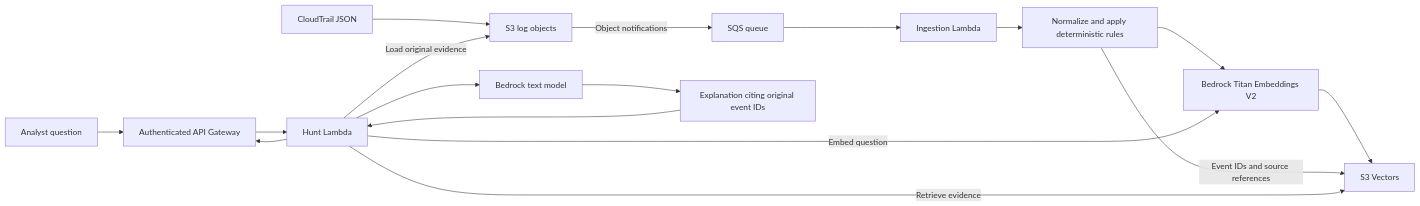
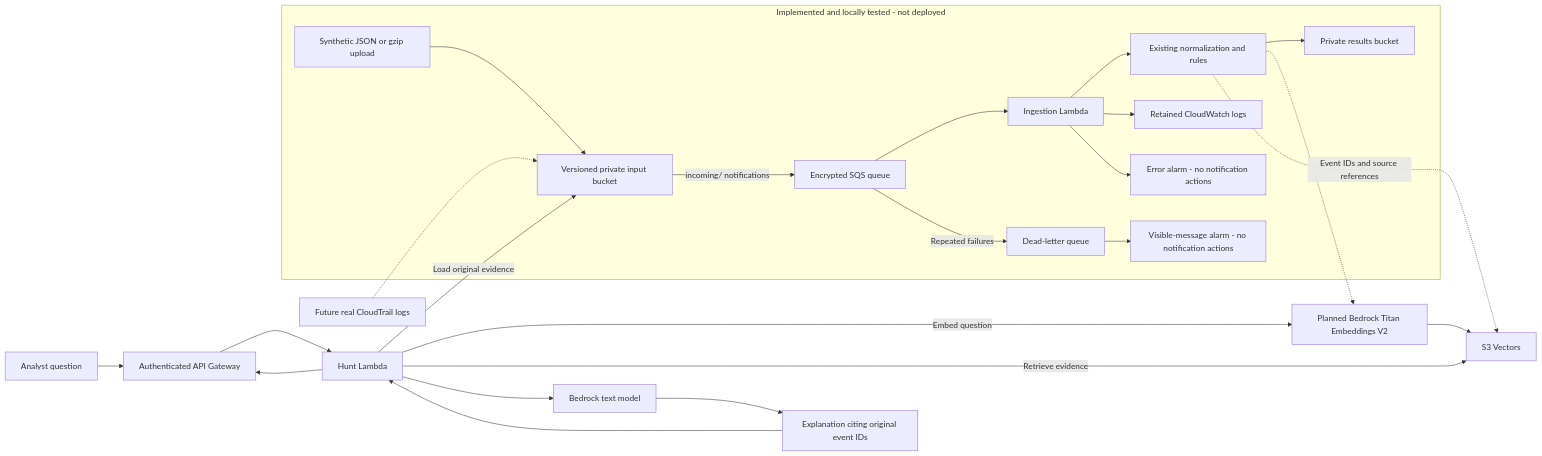
The diagram in README.md (WallfacerX/trailsleuth), drawn with Mermaid before and after one commit. The commit also changed other lines of this file and 19 other files, not shown here.

Commit message:
Add version-aware S3 SQS Lambda ingestion

````diff
--- a/README.md
+++ b/README.md
@@ -53,19 +75,27 @@
 ```mermaid
 flowchart LR
-    CT[CloudTrail JSON] --> S3[S3 log objects]
-    S3 -->|Object notifications| Q[SQS queue]
-    Q --> ING[Ingestion Lambda]
-    ING --> N[Normalize and apply deterministic rules]
-    N --> E[Bedrock Titan Embeddings V2]
+    subgraph Implemented[Implemented and locally tested - not deployed]
+      U[Synthetic JSON or gzip upload] --> S3[Versioned private input bucket]
+      S3 -->|incoming/ notifications| Q[Encrypted SQS queue]
+      Q --> ING[Ingestion Lambda]
+      Q -->|Repeated failures| DLQ[Dead-letter queue]
+      ING --> N[Existing normalization and rules]
+      N --> R[Private results bucket]
+      ING --> L[Retained CloudWatch logs]
+      ING --> AL[Error alarm - no notification actions]
+      DLQ --> DA[Visible-message alarm - no notification actions]
+    end
+    CT[Future real CloudTrail logs] -.-> S3
+    N -.-> E[Planned Bedrock Titan Embeddings V2]
     E --> V[S3 Vectors]
-    N -->|Event IDs and source references| V
+    N -.->|Event IDs and source references| V
     A[Analyst question] --> API[Authenticated API Gateway]
     API --> H[Hunt Lambda]
     H -->|Embed question| E
     H -->|Retrieve evidence| V
     H -->|Load original evidence| S3
     H --> M[Bedrock text model]
-    M --> R[Explanation citing original event IDs]
-    R --> H
+    M --> ANSWER[Explanation citing original event IDs]
+    ANSWER --> H
     H --> API
 ```
````
